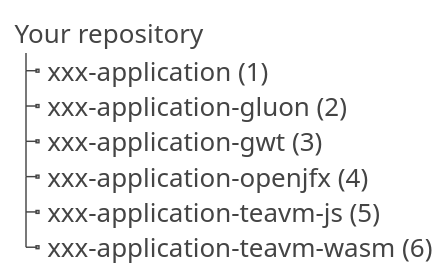
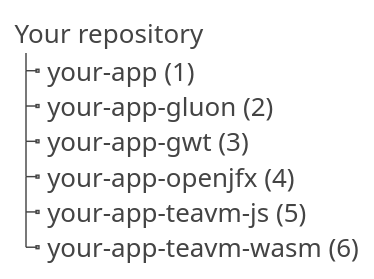
The third of 5 diagrams in src/main/asciidoc/webfx-docs.adoc (webfx-project/webfx-docs), drawn with PlantUML before and after one commit. The commit also changed other lines of this file, not shown here.

Commit message:
Updated webfx create application syntax

```diff
--- a/src/main/asciidoc/webfx-docs.adoc
+++ b/src/main/asciidoc/webfx-docs.adoc
@@ -196,18 +196,18 @@
 [plantuml, webfx-app-structure, format=svg]
 ----
 skinparam Legend {
 	BackgroundColor transparent
 	BorderColor transparent
     FontSize 18
     FontColor #444
 }
 legend
 Your repository
-|_ xxx-application (1)
-|_ xxx-application-gluon (2)
-|_ xxx-application-gwt (3)
-|_ xxx-application-openjfx (4)
-|_ xxx-application-teavm-js (5)
-|_ xxx-application-teavm-wasm (6)
+|_ your-app (1)
+|_ your-app-gluon (2)
+|_ your-app-gwt (3)
+|_ your-app-openjfx (4)
+|_ your-app-teavm-js (5)
+|_ your-app-teavm-wasm (6)
 end legend
 ----
```
